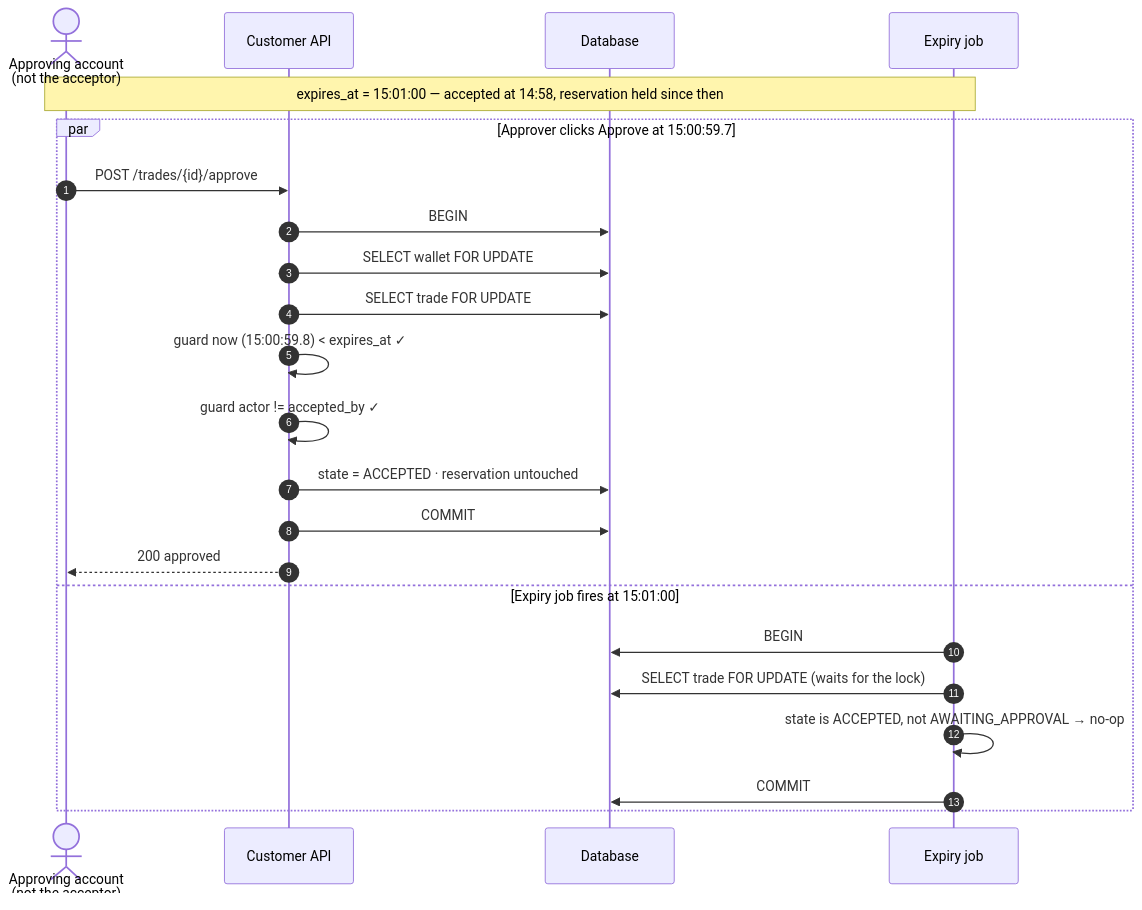
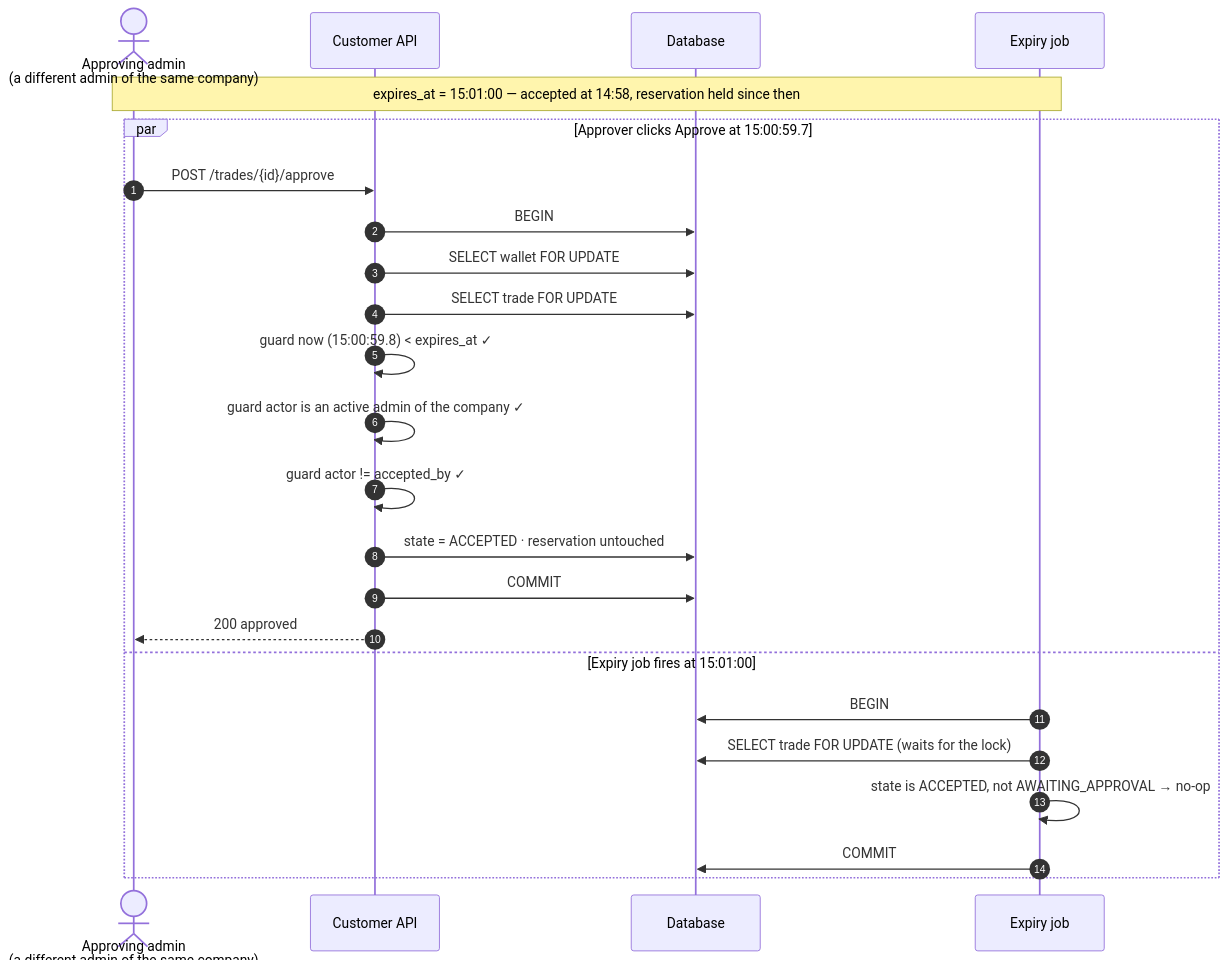
One commit to lukastosic-ifd/peakpowerspecs changed the sixth of 6 diagrams in specs/40-processes/01-trade-lifecycle.md. Above: the diagram before and after it, drawn with Mermaid. The commit also changed other lines of this file and 66 other files, not shown here.

````diff
--- a/specs/40-processes/01-trade-lifecycle.md
+++ b/specs/40-processes/01-trade-lifecycle.md
@@ -238,27 +356,28 @@
 ```mermaid
 sequenceDiagram
     autonumber
-    actor D as Approving account<br/>(not the acceptor)
+    actor D as Approving admin<br/>(a different admin of the same company)
     participant API as Customer API
     participant DB as Database
     participant JOB as Expiry job
 
     Note over D,JOB: expires_at = 15:01:00 — accepted at 14:58, reservation held since then
 
     par Approver clicks Approve at 15:00:59.7
         D->>API: POST /trades/{id}/approve
         API->>DB: BEGIN
         API->>DB: SELECT wallet FOR UPDATE
         API->>DB: SELECT trade FOR UPDATE
         API->>API: guard now (15:00:59.8) < expires_at ✓
+        API->>API: guard actor is an active admin of the company ✓
         API->>API: guard actor != accepted_by ✓
         API->>DB: state = ACCEPTED · reservation untouched
         API->>DB: COMMIT
         API-->>D: 200 approved
     and Expiry job fires at 15:01:00
         JOB->>DB: BEGIN
         JOB->>DB: SELECT trade FOR UPDATE (waits for the lock)
         JOB->>JOB: state is ACCEPTED, not AWAITING_APPROVAL → no-op
         JOB->>DB: COMMIT
     end
 ```
````
